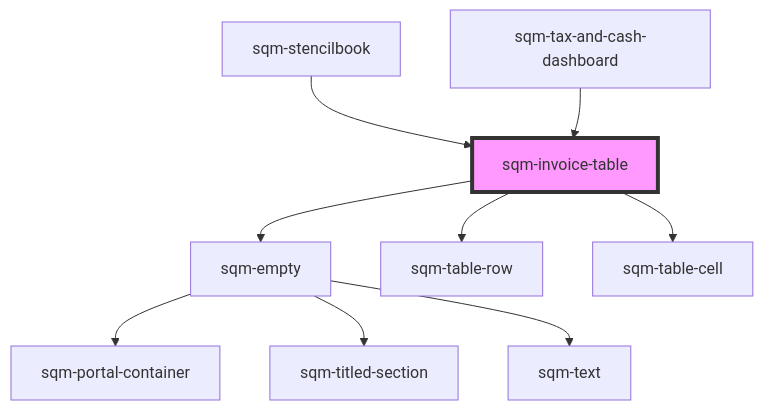
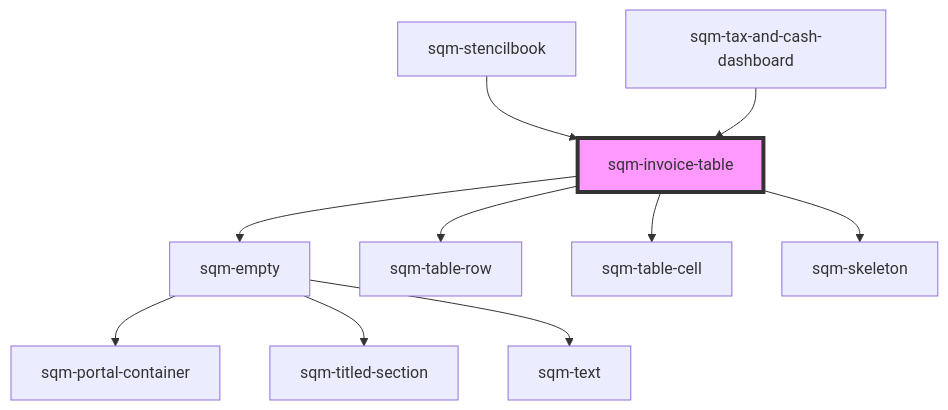
The diagram in packages/mint-components/src/components/sqm-invoice-table/readme.md (saasquatch/program-tools), drawn with Mermaid before and after one commit. The commit also changed other lines of this file and 15 other files, not shown here.

````diff
--- a/packages/mint-components/src/components/sqm-invoice-table/readme.md
+++ b/packages/mint-components/src/components/sqm-invoice-table/readme.md
@@ -41,12 +42,13 @@
 ```mermaid
 graph TD;
   sqm-invoice-table --> sqm-empty
   sqm-invoice-table --> sqm-table-row
   sqm-invoice-table --> sqm-table-cell
+  sqm-invoice-table --> sqm-skeleton
   sqm-empty --> sqm-portal-container
   sqm-empty --> sqm-titled-section
   sqm-empty --> sqm-text
   sqm-stencilbook --> sqm-invoice-table
   sqm-tax-and-cash-dashboard --> sqm-invoice-table
   style sqm-invoice-table fill:#f9f,stroke:#333,stroke-width:4px
 ```
````
